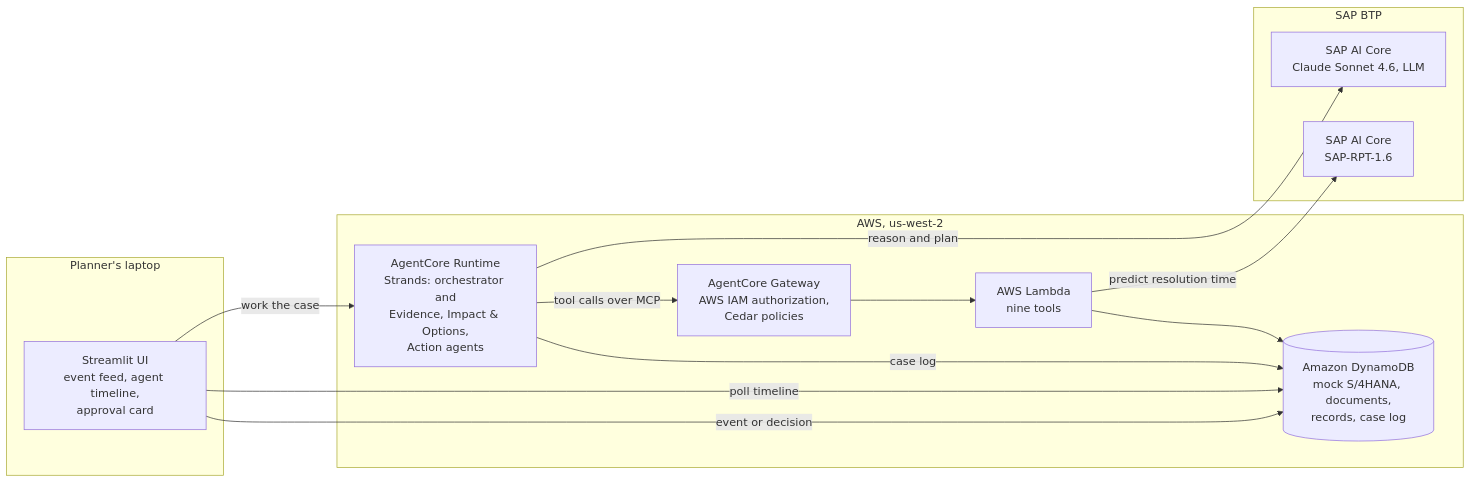
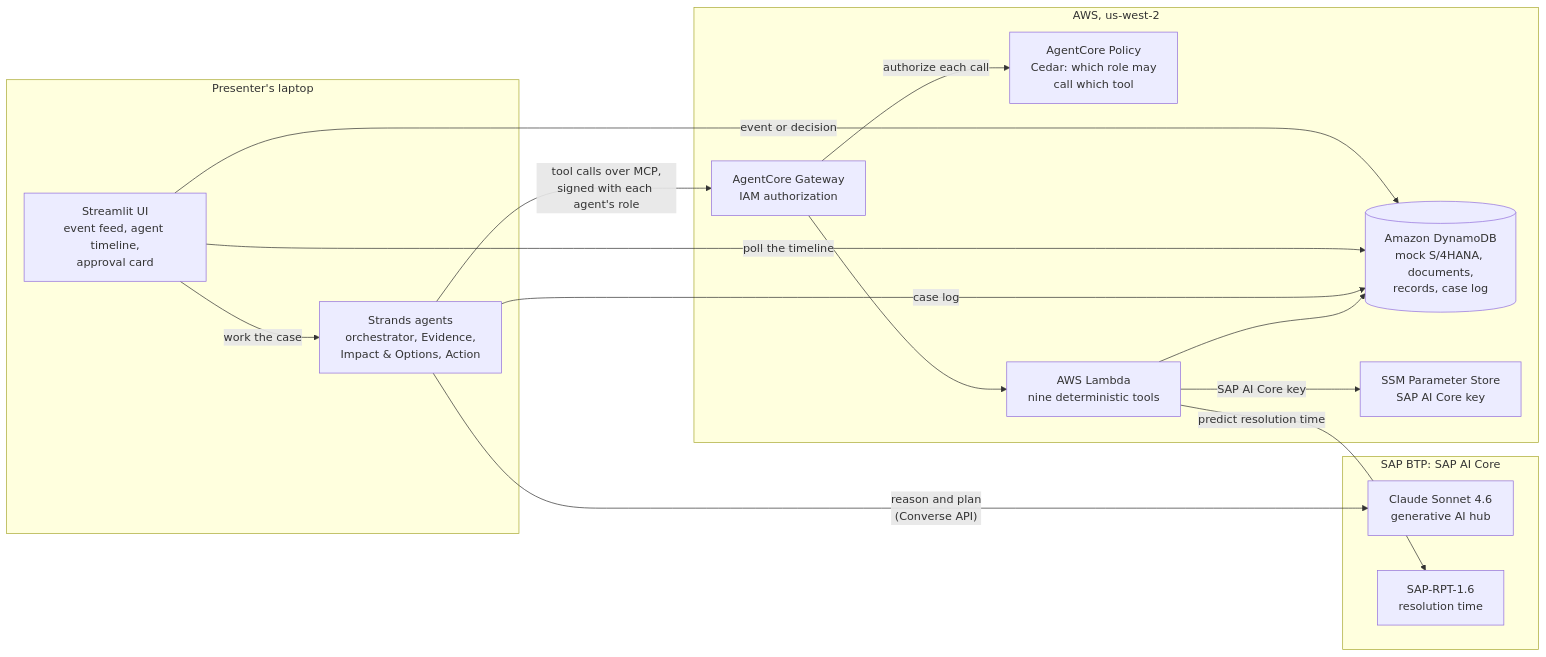
The first of 3 diagrams in docs/architecture.md (KrisnaPutraP/clear), drawn with Mermaid before and after one commit. The commit also changed other lines of this file and 12 other files, not shown here.

````diff
--- a/docs/architecture.md
+++ b/docs/architecture.md
@@ -9,25 +16,29 @@
 ```mermaid
 flowchart LR
-    subgraph laptop["Planner's laptop"]
+    subgraph laptop["Presenter's laptop"]
         ui["Streamlit UI<br/>event feed, agent timeline,<br/>approval card"]
+        agents["Strands agents<br/>orchestrator, Evidence,<br/>Impact & Options, Action"]
+    end
+    subgraph sap["SAP BTP: SAP AI Core"]
+        llm["Claude Sonnet 4.6<br/>generative AI hub"]
+        rpt["SAP-RPT-1.6<br/>resolution time"]
     end
     subgraph aws["AWS, us-west-2"]
-        rt["AgentCore Runtime<br/>Strands: orchestrator and<br/>Evidence, Impact & Options,<br/>Action agents"]
-        gw["AgentCore Gateway<br/>AWS IAM authorization,<br/>Cedar policies"]
-        fn["AWS Lambda<br/>nine tools"]
+        gw["AgentCore Gateway<br/>IAM authorization"]
+        pol["AgentCore Policy<br/>Cedar: which role may<br/>call which tool"]
+        fn["AWS Lambda<br/>nine deterministic tools"]
         db[("Amazon DynamoDB<br/>mock S/4HANA, documents,<br/>records, case log")]
-    end
-    subgraph sap["SAP BTP"]
-        llm["SAP AI Core<br/>Claude Sonnet 4.6, LLM"]
-        rpt["SAP AI Core<br/>SAP-RPT-1.6"]
+        ssm["SSM Parameter Store<br/>SAP AI Core key"]
     end
     ui -- "event or decision" --> db
-    ui -- "work the case" --> rt
-    ui -- "poll timeline" --> db
-    rt -- "reason and plan" --> llm
-    rt -- "tool calls over MCP" --> gw
-    rt -- "case log" --> db
+    ui -- "work the case" --> agents
+    ui -- "poll the timeline" --> db
+    agents -- "reason and plan<br/>(Converse API)" --> llm
+    agents -- "tool calls over MCP,<br/>signed with each agent's role" --> gw
+    agents -- "case log" --> db
+    gw -- "authorize each call" --> pol
     gw --> fn
     fn --> db
+    fn -- "SAP AI Core key" --> ssm
     fn -- "predict resolution time" --> rpt
 ```
````
